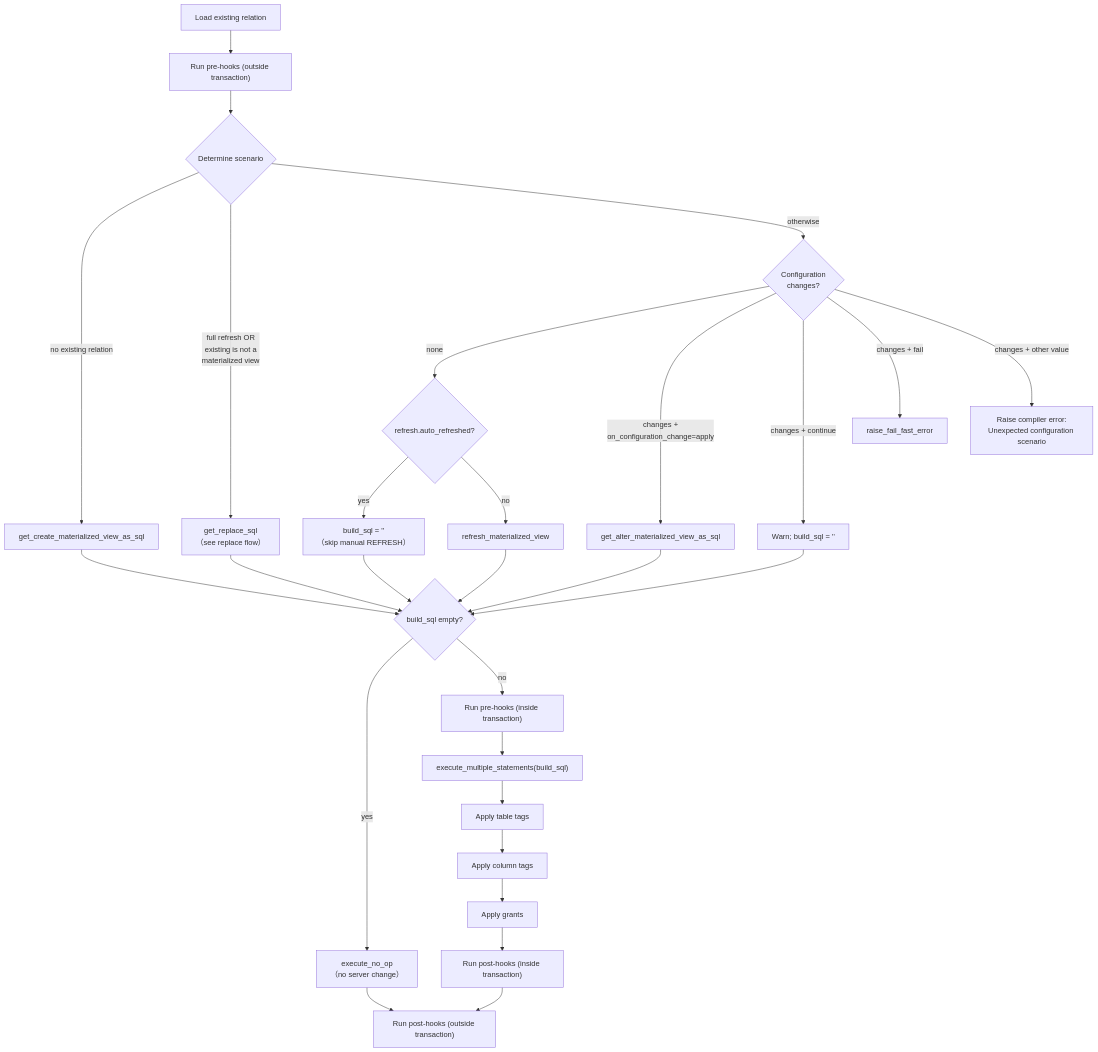
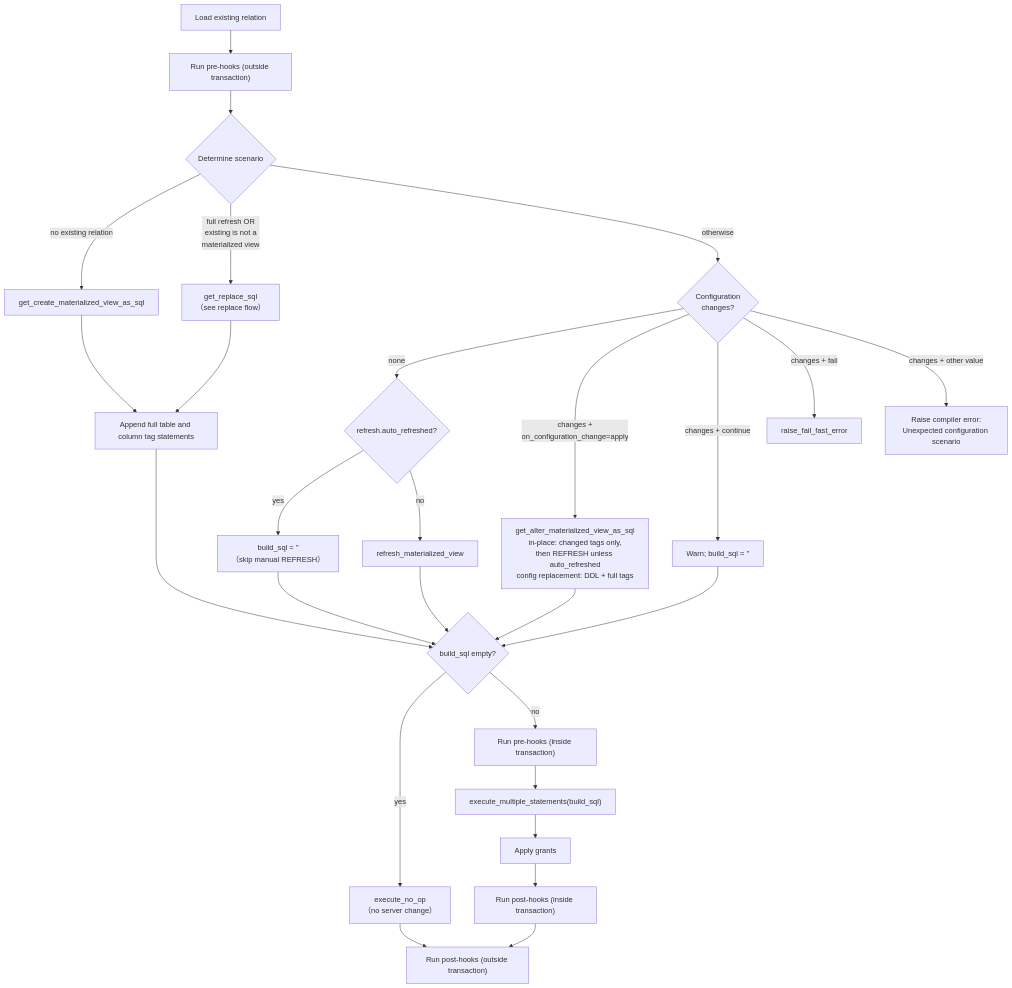
One commit to databricks/dbt-databricks changed the diagram in docs/flow/materialized_view_flow.md. Above: the diagram before and after it, drawn with Mermaid. The commit also changed other lines of this file and 19 other files, not shown here.

First line of the commit message:
fix: reconcile tags for materialized views and streaming tables (#1686)

````diff
--- a/docs/flow/materialized_view_flow.md
+++ b/docs/flow/materialized_view_flow.md
@@ -15,35 +15,34 @@
 ```mermaid
 flowchart TD
     START[Load existing relation] --> PRE["Run pre-hooks (outside transaction)"]
     PRE --> DECIDE{Determine scenario}
 
     DECIDE -- "no existing relation" --> CREATE[get_create_materialized_view_as_sql]
     DECIDE -- "full refresh OR\nexisting is not a\nmaterialized view" --> REPLACE[get_replace_sql\n（see replace flow）]
     DECIDE -- "otherwise" --> CFG{Configuration\nchanges?}
 
     CFG -- "none" --> AUTO{refresh.auto_refreshed?}
     AUTO -- yes --> NOOPSQL[build_sql = ''\n（skip manual REFRESH）]
     AUTO -- no --> REFRESH[refresh_materialized_view]
 
-    CFG -- "changes +\non_configuration_change=apply" --> ALTER[get_alter_materialized_view_as_sql]
+    CFG -- "changes +\non_configuration_change=apply" --> ALTER["get_alter_materialized_view_as_sql<br/>in-place: changed tags only,<br/>then REFRESH unless auto_refreshed<br/>config replacement: DDL + full tags"]
     CFG -- "changes + continue" --> WARN[Warn; build_sql = '']
     CFG -- "changes + fail" --> FAIL[raise_fail_fast_error]
     CFG -- "changes + other value" --> INVALID["Raise compiler error:<br/>Unexpected configuration scenario"]
 
-    CREATE --> CHECK
-    REPLACE --> CHECK
+    CREATE --> TAGS[Append full table and column tag statements]
+    REPLACE --> TAGS
+    TAGS --> CHECK
     REFRESH --> CHECK
     ALTER --> CHECK
     NOOPSQL --> CHECK
     WARN --> CHECK
     CHECK{build_sql empty?}
     CHECK -- yes --> NOOP[execute_no_op\n（no server change）]
     CHECK -- no --> INTX["Run pre-hooks (inside transaction)"]
     INTX --> EXEC["execute_multiple_statements(build_sql)"]
-    EXEC --> TAGS[Apply table tags]
-    TAGS --> COLTAGS[Apply column tags]
-    COLTAGS --> GRANTS[Apply grants]
+    EXEC --> GRANTS[Apply grants]
     GRANTS --> POSTIN["Run post-hooks (inside transaction)"]
     NOOP --> POSTOUT
     POSTIN --> POSTOUT["Run post-hooks (outside transaction)"]
 ```
````
